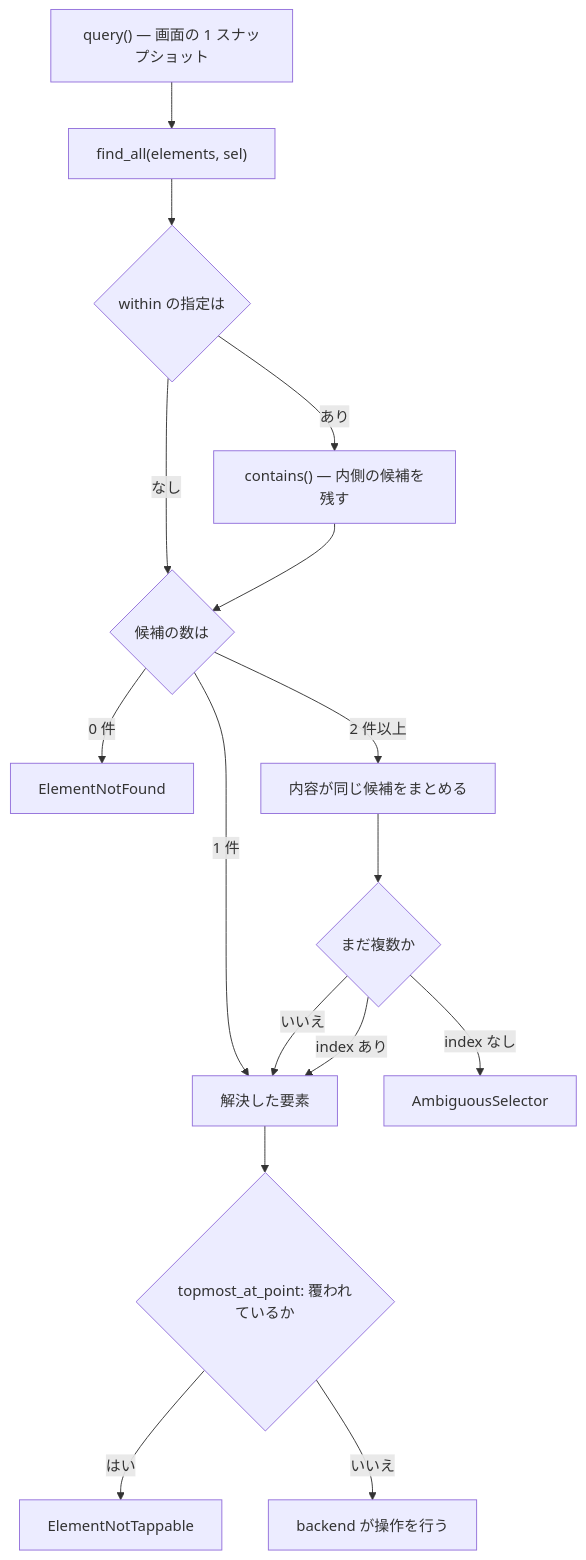
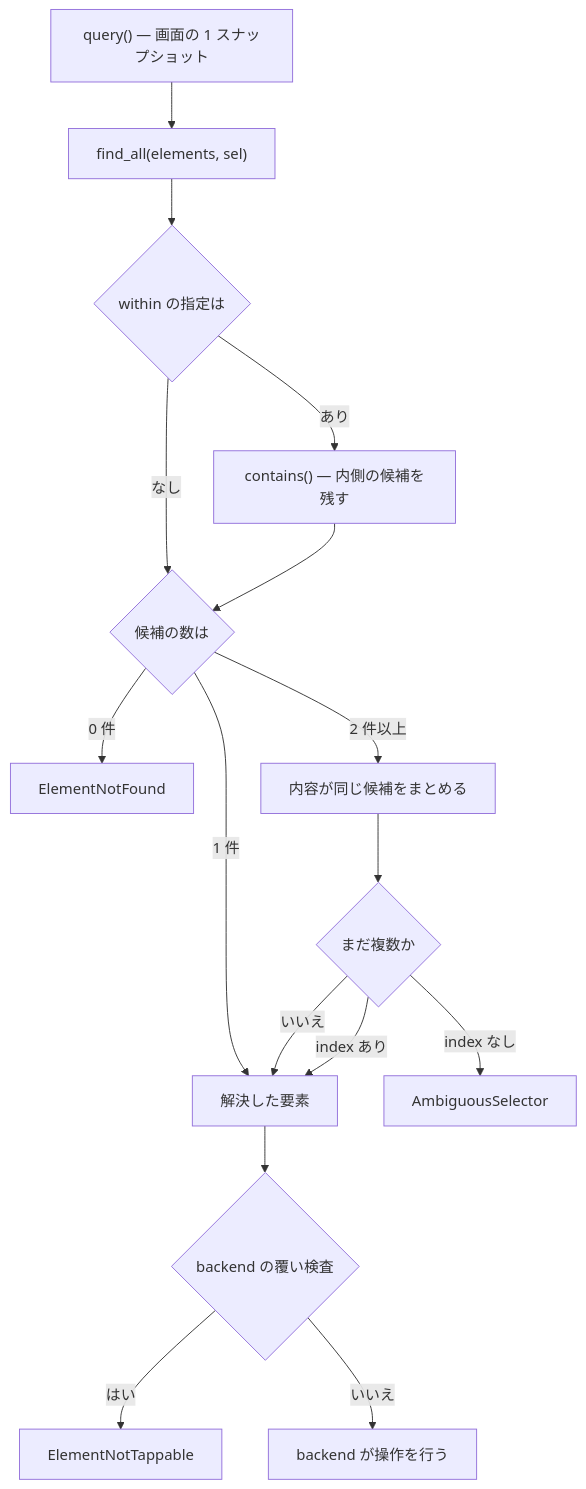
One commit to bajutsu-e2e/bajutsu changed the seventh of 12 diagrams in docs/ja/developer-guide.md. Above: the diagram before and after it, drawn with Mermaid. The commit also changed other lines of this file and 7 other files, not shown here.

````diff
--- a/docs/ja/developer-guide.md
+++ b/docs/ja/developer-guide.md
@@ -774,18 +774,18 @@
 ```mermaid
 flowchart TB
     q["query() — 画面の 1 スナップショット"] --> fa["find_all(elements, sel)"]
     fa --> w{"within の指定は"}
     w -->|あり| ct["contains() — 内側の候補を残す"]
     w -->|なし| n
     ct --> n{"候補の数は"}
     n -->|0 件| e1["ElementNotFound"]
     n -->|1 件| ok["解決した要素"]
     n -->|2 件以上| dup["内容が同じ候補をまとめる"]
     dup --> ix{"まだ複数か"}
     ix -->|いいえ| ok
     ix -->|index あり| ok
     ix -->|index なし| e2["AmbiguousSelector"]
-    ok --> cov{"topmost_at_point: 覆われているか"}
+    ok --> cov{"backend の覆い検査"}
     cov -->|はい| e3["ElementNotTappable"]
     cov -->|いいえ| act["backend が操作を行う"]
 ```
````
